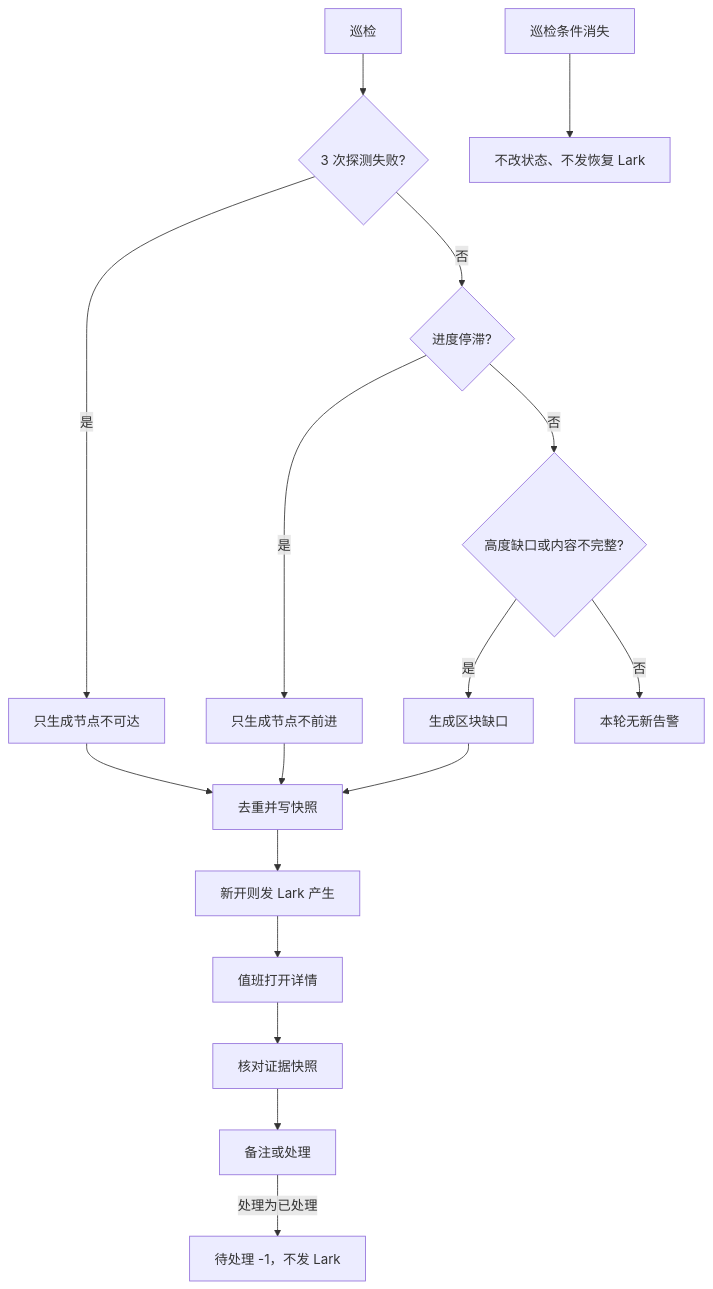
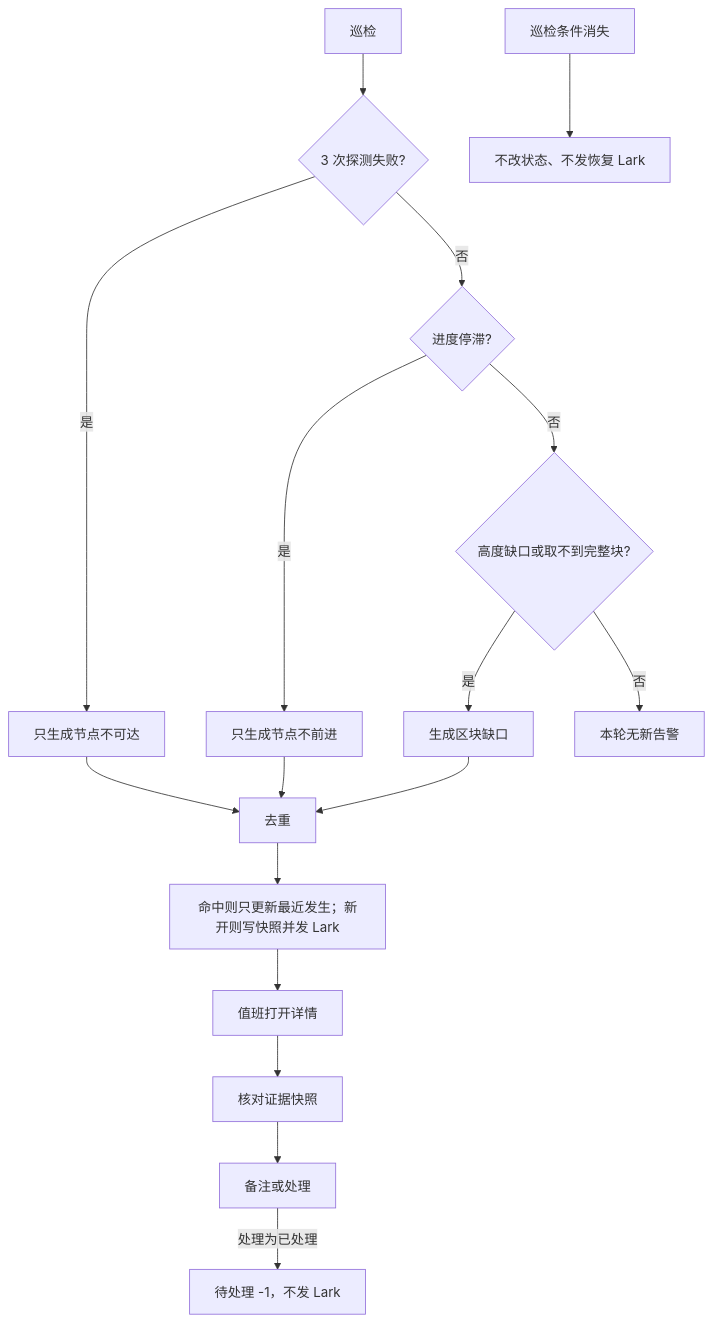
Before and after one commit to terryxu923/biya-dex-docs: the second of 3 diagrams in biya-dex-explorer-admin-prd.md, drawn with Mermaid. The commit also changed other lines of this file and 6 other files, not shown here.

````diff
--- a/biya-dex-explorer-admin-prd.md
+++ b/biya-dex-explorer-admin-prd.md
@@ -417,19 +411,19 @@
 ```mermaid
 flowchart TD
   A["巡检"] --> B{"3 次探测失败?"}
   B -->|"是"| C["只生成节点不可达"]
   B -->|"否"| D{"进度停滞?"}
   D -->|"是"| E["只生成节点不前进"]
-  D -->|"否"| F{"高度缺口或内容不完整?"}
+  D -->|"否"| F{"高度缺口或取不到完整块?"}
   F -->|"是"| G["生成区块缺口"]
   F -->|"否"| H["本轮无新告警"]
-  C --> I["去重并写快照"]
+  C --> I["去重"]
   E --> I
   G --> I
-  I --> J["新开则发 Lark 产生"]
+  I --> J["命中则只更新最近发生；新开则写快照并发 Lark"]
   J --> K["值班打开详情"]
   K --> L["核对证据快照"]
   L --> M["备注或处理"]
   M -->|"处理为已处理"| N["待处理 -1，不发 Lark"]
   P["巡检条件消失"] --> Q["不改状态、不发恢复 Lark"]
 ```
````
